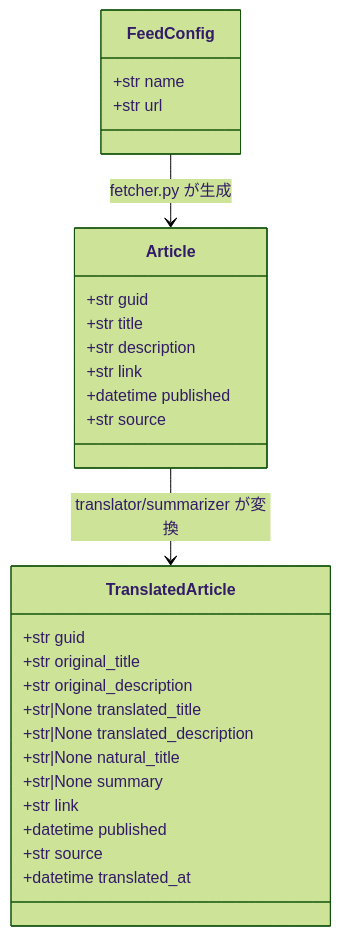
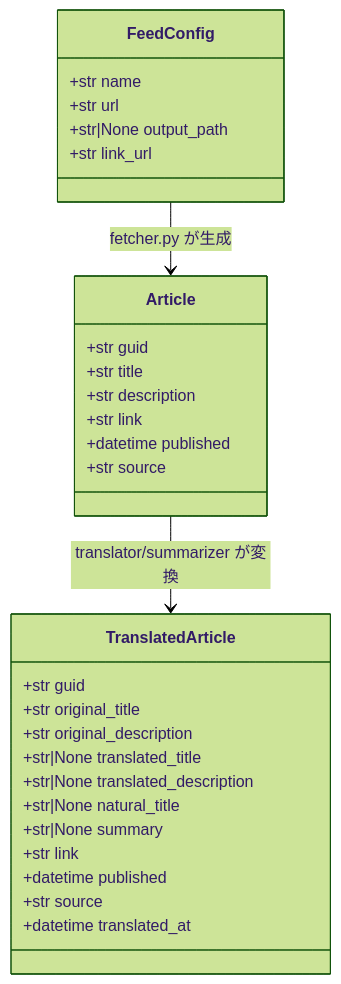
Before and after one commit to ryu1/rss-feed-translator: the third of 11 diagrams in docs/superpowers/specs/2026-06-29-rss-feed-translator-design.md, drawn with Mermaid (forest theme). The commit also changed other lines of this file and 2 other files, not shown here.

````diff
--- a/docs/superpowers/specs/2026-06-29-rss-feed-translator-design.md
+++ b/docs/superpowers/specs/2026-06-29-rss-feed-translator-design.md
@@ -191,31 +208,33 @@
 ```mermaid
 classDiagram
     class FeedConfig {
         +str name
         +str url
+        +str|None output_path
+        +str link_url
     }
     class Article {
         +str guid
         +str title
         +str description
         +str link
         +datetime published
         +str source
     }
     class TranslatedArticle {
         +str guid
         +str original_title
         +str original_description
         +str|None translated_title
         +str|None translated_description
         +str|None natural_title
         +str|None summary
         +str link
         +datetime published
         +str source
         +datetime translated_at
     }
 
     FeedConfig --> Article : fetcher.py が生成
     Article --> TranslatedArticle : translator/summarizer が変換
 ```
````
